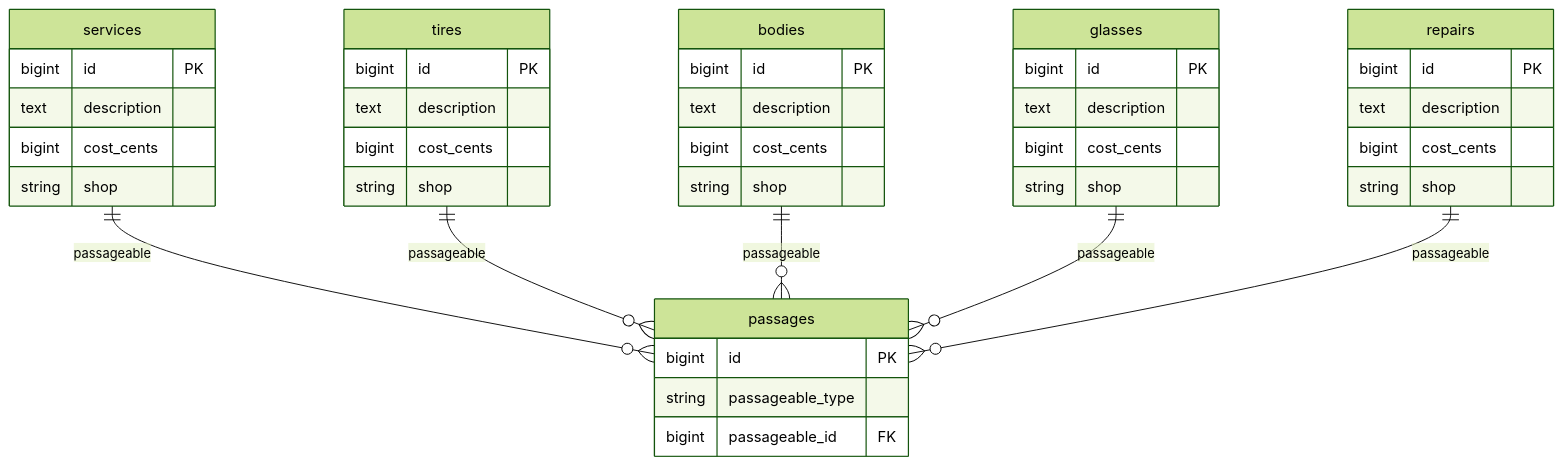
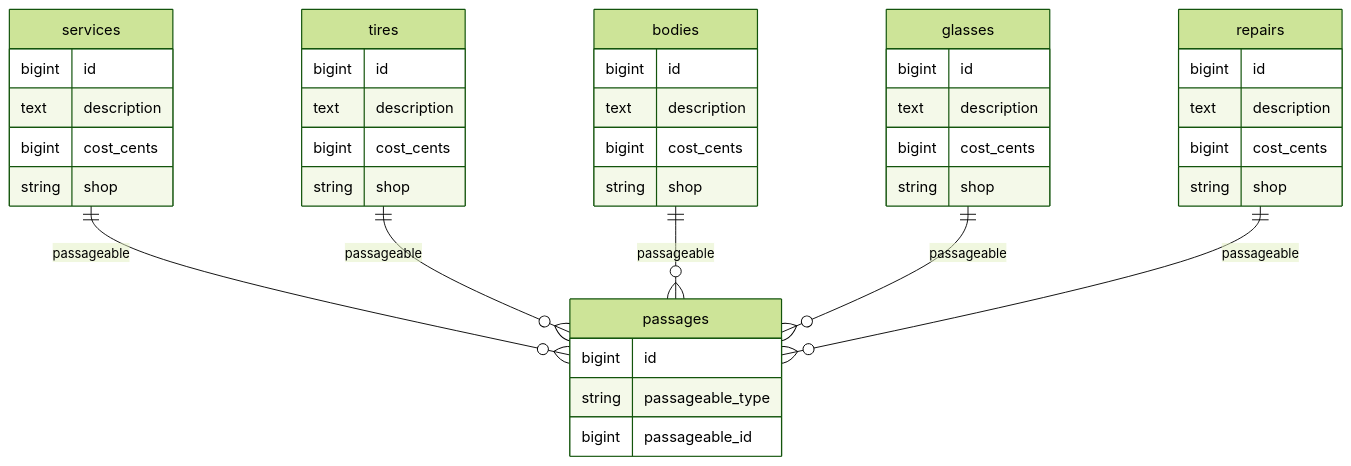
The sixth of 7 diagrams in .specs/schema.md (fcatuhe/crooz), drawn with Mermaid (forest theme) before and after one commit. The commit also changed other lines of this file, not shown here.

````diff
--- a/.specs/schema.md
+++ b/.specs/schema.md
@@ -320,49 +320,49 @@
 ```mermaid
 erDiagram
     passages {
-        bigint id PK
+        bigint id
         string passageable_type
-        bigint passageable_id FK
+        bigint passageable_id
     }
 
     services {
-        bigint id PK
+        bigint id
         text description
         bigint cost_cents
         string shop
     }
 
     tires {
-        bigint id PK
+        bigint id
         text description
         bigint cost_cents
         string shop
     }
 
     bodies {
-        bigint id PK
+        bigint id
         text description
         bigint cost_cents
         string shop
     }
 
     glasses {
-        bigint id PK
+        bigint id
         text description
         bigint cost_cents
         string shop
     }
 
     repairs {
-        bigint id PK
+        bigint id
         text description
         bigint cost_cents
         string shop
     }
 
     services ||--o{ passages : "passageable"
     tires ||--o{ passages : "passageable"
     bodies ||--o{ passages : "passageable"
     glasses ||--o{ passages : "passageable"
     repairs ||--o{ passages : "passageable"
 ```
````
